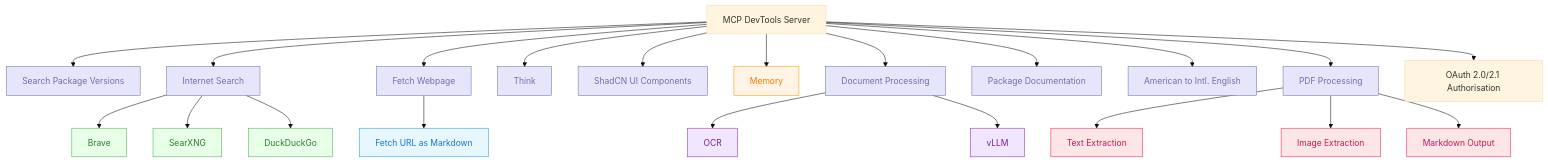
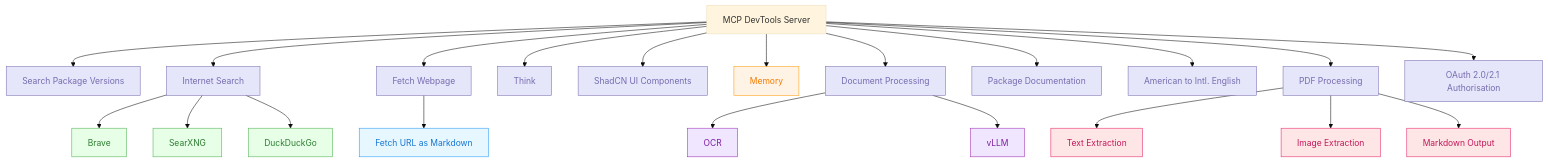
One commit to sammcj/mcp-devtools changed the first of 2 diagrams in README.md. Above: the diagram before and after it, drawn with Mermaid (base theme). The commit also changed other lines of this file and 8 other files, not shown here.

````diff
--- a/README.md
+++ b/README.md
@@ -7,45 +7,45 @@
 ```mermaid
 graph TD
     A[MCP DevTools Server] --> B[Search Package Versions]
     A --> C[Internet Search]
     A --> D[Fetch Webpage]
     A --> E[Think]
     A --> F[ShadCN UI Components]
     A --> G[Memory]
     A --> H[Document Processing]
     A --> I[Package Documentation]
     A --> J[American to Intl. English]
     A --> K[PDF Processing]
     A --> L[OAuth 2.0/2.1 Authorisation]
 
     C --> C1[Brave]
     C --> C2[SearXNG]
     C --> C3[DuckDuckGo]
 
     D --> D1[Fetch URL as Markdown]
 
     H --> H5[OCR]
     H --> H6[vLLM]
 
     K --> K1[Text Extraction]
     K --> K2[Image Extraction]
     K --> K3[Markdown Output]
 
     classDef toolCategory fill:#E6E6FA,stroke:#756BB1,color:#756BB1
     classDef tool fill:#EFF3FF,stroke:#9ECAE1,color:#3182BD
     classDef searchTool fill:#E6FFE6,stroke:#4CAF50,color:#2E7D32
     classDef memoryTool fill:#FFF3E6,stroke:#FF9800,color:#F57C00
     classDef webTool fill:#E6F7FF,stroke:#2196F3,color:#1976D2
     classDef docTool fill:#F0E6FF,stroke:#9C27B0,color:#7B1FA2
     classDef packageTool fill:#FFF0E6,stroke:#FF6B35,color:#D84315
     classDef pdfTool fill:#FFE6E6,stroke:#E91E63,color:#C2185B
 
-    class B,C,D,E,F,H,I,J,K toolCategory
+    class B,C,D,E,F,G,H,I,J,K,L toolCategory
     class B1,B2,E1,F1 tool
-    class B1,C1,C2,C3 searchTool
+    class C1,C2,C3 searchTool
     class G memoryTool
     class D1 webTool
-    class H1,H2,H3,H4,H5,H6 docTool
+    class H5,H6 docTool
     class I1,I2 packageTool
     class K1,K2,K3 pdfTool
 ```
````
